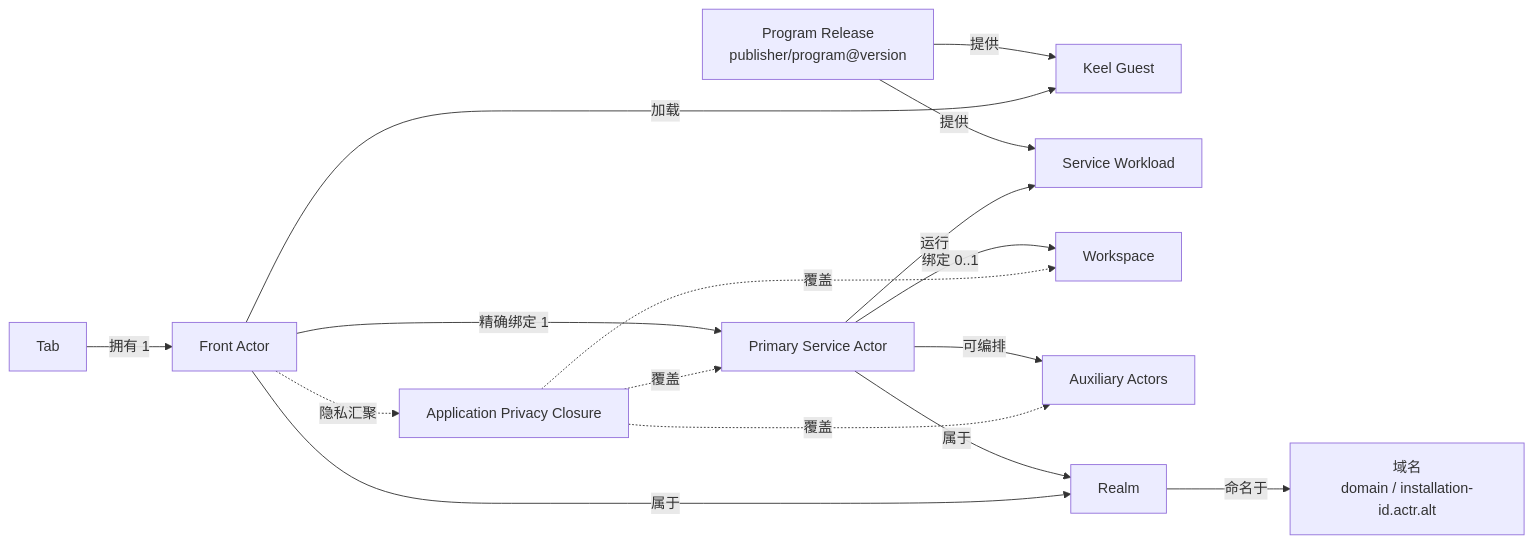
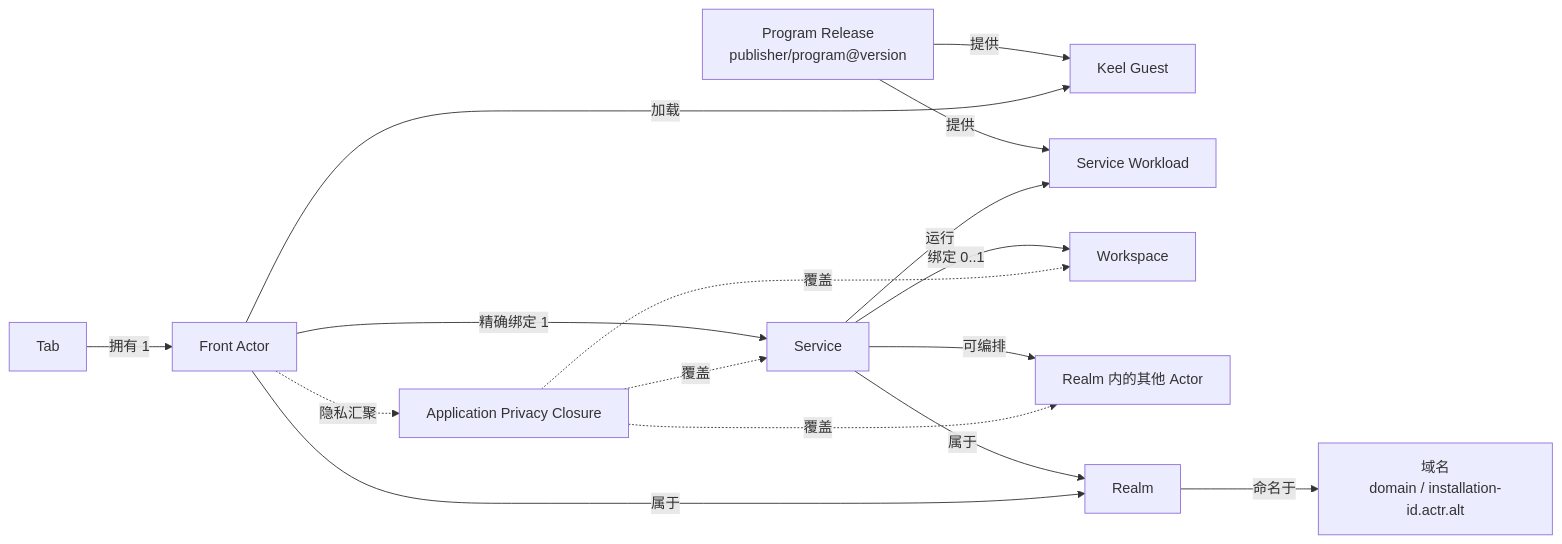
The diagram in docs/product/actrium-v1/02-domain-model.zh.md (Actrium/actrium), drawn with Mermaid before and after one commit. The commit also changed other lines of this file and 39 other files, not shown here.

````diff
--- a/docs/product/actrium-v1/02-domain-model.zh.md
+++ b/docs/product/actrium-v1/02-domain-model.zh.md
@@ -5,18 +5,18 @@
 ```mermaid
 flowchart LR
     P["Program Release<br/>publisher/program@version"] -->|提供| G["Keel Guest"]
     P -->|提供| W["Service Workload"]
     T["Tab"] -->|拥有 1| F["Front Actor"]
     F -->|加载| G
-    F -->|精确绑定 1| S["Primary Service Actor"]
+    F -->|精确绑定 1| S["Service"]
     S -->|运行| W
     S -->|绑定 0..1| WS["Workspace"]
-    S -->|可编排| A["Auxiliary Actors"]
+    S -->|可编排| A["Realm 内的其他 Actor"]
     S -->|属于| R["Realm"]
     F -->|属于| R
     R -->|命名于| NS["域名<br/>domain / installation-id.actr.alt"]
     F -.隐私汇聚.-> PRIV["Application Privacy Closure"]
     PRIV -.覆盖.-> S
     PRIV -.覆盖.-> A
     PRIV -.覆盖.-> WS
 ```
````
